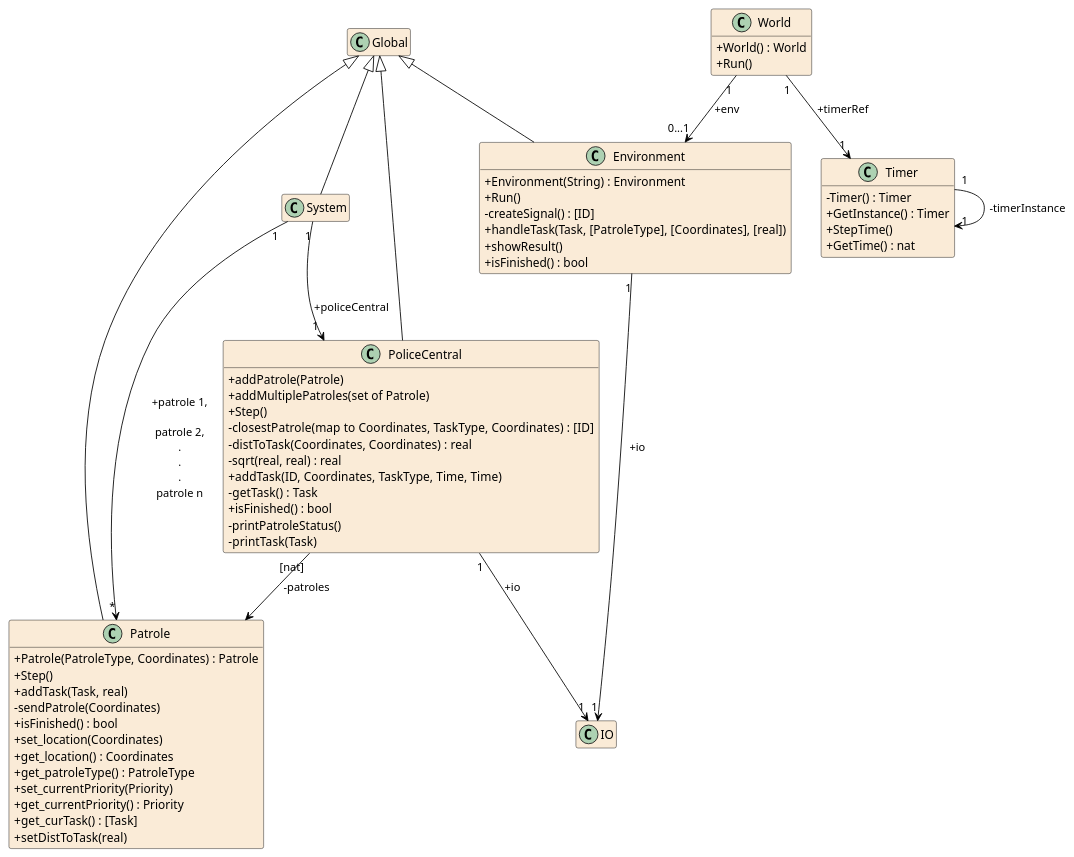
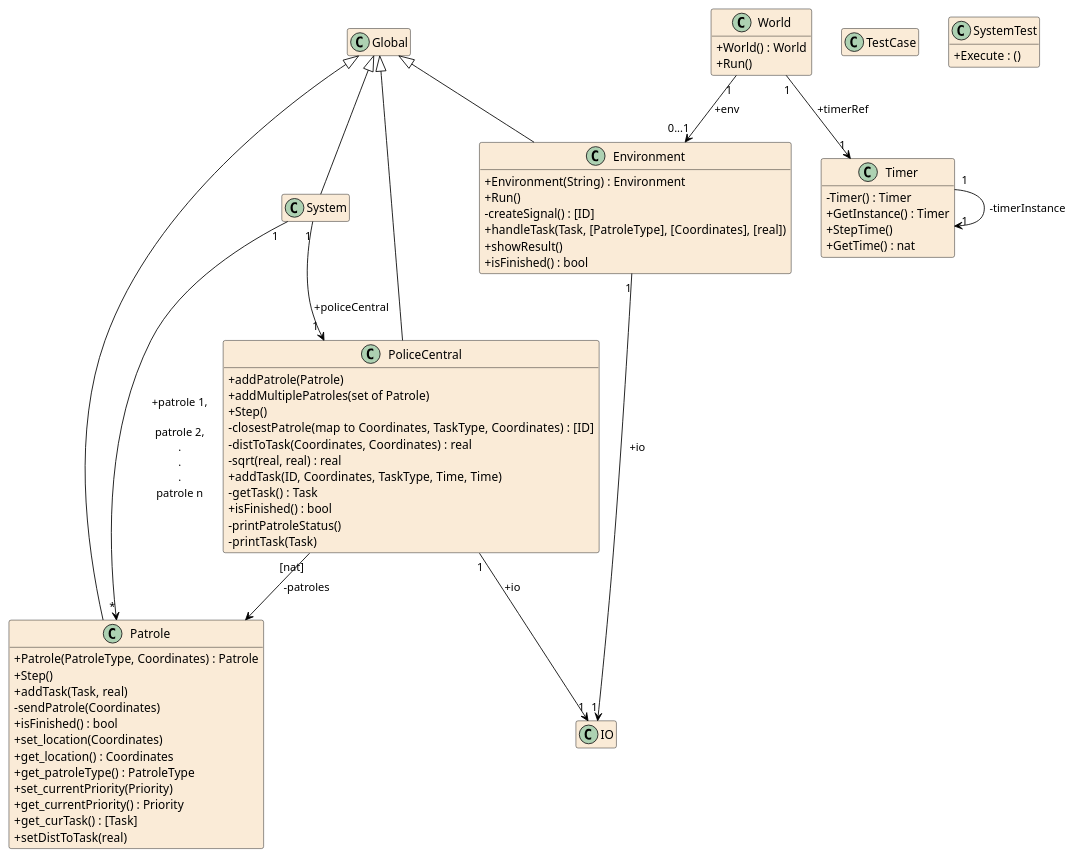
Before and after one commit to Theblackdove/MCS_project: the diagram in PoliceCentral/.generated/vdm2uml/diagram1.puml, drawn with PlantUML. The commit also changed 14 other files, not shown here.

```diff
--- a/PoliceCentral/.generated/vdm2uml/diagram1.puml
+++ b/PoliceCentral/.generated/vdm2uml/diagram1.puml
@@ -1,140 +1,164 @@
 @startuml PoliceCentral
 
 hide empty members
 hide fields
 hide IO methods 
 skinparam Shadowing false
 skinparam classAttributeIconSize 0
 skinparam ClassBorderThickness 0.5
 skinparam groupInheritance 5
 skinparam class {
 	BackgroundColor AntiqueWhite
 	ArrowColor Black
 	BorderColor Black
 }
 skinparam defaultTextAlignment center
 
 class Global
 {
 	+taskPriority : map TaskType to Priority <<value>>
 	+patrolePriority : map PatroleType to  <<value>>
 	+Time : nat <<type>>
 	+ID : nat <<type>>
 	+Priority : nat <<type>>
 	+Coordinates : ::  <<type>>
 	+Task : ::  <<type>>
 	+PatroleType : <PatroleA> | <PatroleB> | <PatroleC> | <PatroleD> <<type>>
 	+TaskType : <TaskA> | <TaskB> | <TaskC> | <TaskD> <<type>>
 	+String : seq of char <<type>>
 }
 
 class World
 {
 	+World() : World
 	+Run()
 }
 
 class Environment
 {
 	+inline : *...  <<type>>
 	#outline : *...  <<type>>
 	-inlines : seq of inline
 	-outlines : seq of outline
 	-taskId : [ID]
 	-busy : bool
 	+Environment(String) : Environment
 	+Run()
 	-createSignal() : [ID]
 	+handleTask(Task, [PatroleType], [Coordinates], [real])
 	+showResult()
 	+isFinished() : bool
 }
 
 
 	class PoliceCentral
 	{
 		-patroleLocations : map  to Coordinates 
 		-tasks : seq of Task 
 		-busy : bool
 		+addPatrole(Patrole)
 		+addMultiplePatroles(set of Patrole)
 		+Step()
 		-closestPatrole(map  to Coordinates, TaskType, Coordinates) : [ID]
 		-distToTask(Coordinates, Coordinates) : real
 		-sqrt(real, real) : real
 		+addTask(ID, Coordinates, TaskType, Time, Time)
 		-getTask() : Task 
 		+isFinished() : bool
 		-printPatroleStatus()
 		-printTask(Task)
 	}
 
 	class Patrole
 	{
 		-p_type : PatroleType
 		-p_loc : Coordinates 
 		-currentPriority : Priority
 		-distToTask : [real]
 		-curTask : [Task]
 		-TaskDoneTime : Time
 		-busy : bool
 		+Patrole(PatroleType, Coordinates) : Patrole
 		+Step()
 		+addTask(Task, real)
 		-sendPatrole(Coordinates)
 		+isFinished() : bool
 		+set_location(Coordinates)
 		+get_location() : Coordinates 
 		+get_patroleType() : PatroleType
 		+set_currentPriority(Priority)
 		+get_currentPriority() : Priority
 		+get_curTask() : [Task]
 		+setDistToTask(real)
 	}
 
 
 
 
 class IO
 {
 	+filedirective : <append> | <start> <<type>>
 	+writeval(@p) : bool <<function>>
 	+fwriteval(seq1 of char, @p, filedirective) : bool <<function>>
 	+freadval(seq1 of char) : bool * [@p] <<function>>
 	+echo(seq of char) : bool
 	+fecho(seq of char, seq of char, [filedirective]) : bool
 	+ferror() : seq of char
 	+print(?)
 	+println(?)
 	+printf(seq of char, seq of ?)
 }
 
 class Timer
 {
 	+currentTime : nat
 	-stepLength : nat <<value>>
 	-Timer() : Timer
 	+GetInstance() : Timer
 	+StepTime()
 	+GetTime() : nat
 }
 
 class System
 {
 }
 
+
+class TestCase
+{
+
+}
+
+class SystemTest
+{
+	+Execute : ()
+}
+
+/' class PoliceCentralTest
+{
+	#RunTest : ()
+	#calculateDistanceTest : ()
+    #closestPatroleTest : () 
+}
+
+class PatroleTest
+{
+	#RunTest : ()
+	#PriorityTest : ()
+} '/
+
 System "1" --> "1" PoliceCentral : +policeCentral
 System "1" --> "*" Patrole : +patrole 1,\n\npatrole 2,\n.\n.\n.\npatrole n
 Global <|-- System
 World "1" --> "0...1" Environment : +env
 World "1" --> "1" Timer : +timerRef
 PoliceCentral "[nat]" --> Patrole : -patroles
 PoliceCentral "1" --> "1" IO : +io
 Global <|-- PoliceCentral
 Environment "1" --> "1" IO : +io
 Global <|-- Environment
 Global <|-- Patrole
 Timer "1" --> "1" Timer : -timerInstance
 
 
 @enduml
```
